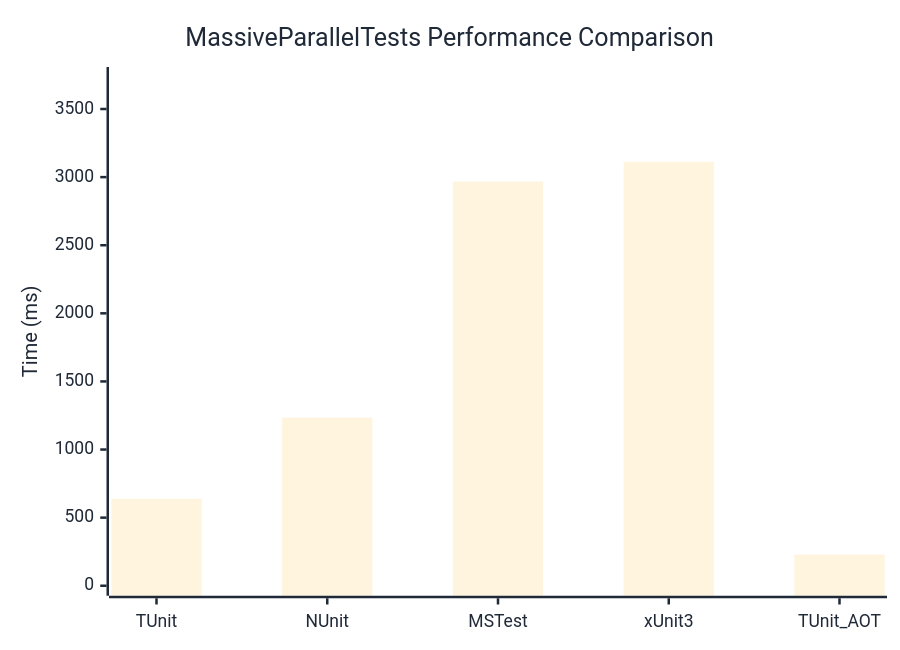
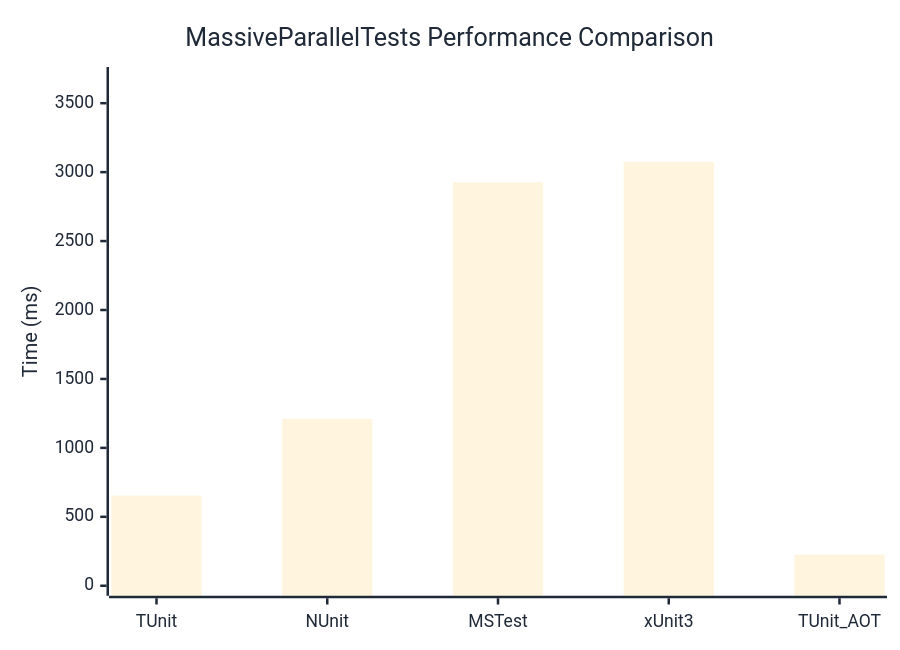
Before and after one commit to thomhurst/TUnit: the diagram in docs/docs/benchmarks/MassiveParallelTests.md, drawn with Mermaid. The commit also changed other lines of this file and 17 other files, not shown here.

````diff
--- a/docs/docs/benchmarks/MassiveParallelTests.md
+++ b/docs/docs/benchmarks/MassiveParallelTests.md
@@ -27,37 +27,37 @@
 ```mermaid
 %%{init: {
   'theme':'base',
   'themeVariables': {
     'primaryColor': '#2563eb',
     'primaryTextColor': '#1f2937',
     'primaryBorderColor': '#1e40af',
     'lineColor': '#6b7280',
     'secondaryColor': '#7c3aed',
     'tertiaryColor': '#dc2626',
     'background': '#ffffff',
     'mainBkg': '#2563eb',
     'secondBkg': '#7c3aed',
     'tertiaryBkg': '#dc2626',
     'clusterBkg': '#f3f4f6',
     'edgeLabelBackground': '#ffffff',
     'tertiaryTextColor': '#1f2937',
     'pie1': '#2563eb',
     'pie2': '#7c3aed',
     'pie3': '#dc2626',
     'pie4': '#f59e0b',
     'pie5': '#10b981',
     'pie6': '#06b6d4',
     'pie7': '#ec4899',
     'pie8': '#6366f1',
     'pie9': '#84cc16',
     'pie10': '#f97316',
     'pie11': '#14b8a6',
     'pie12': '#a855f7'
   }
 }}%%
 xychart-beta
   title "MassiveParallelTests Performance Comparison"
   x-axis ["TUnit", "NUnit", "MSTest", "xUnit3", "TUnit_AOT"]
-  y-axis "Time (ms)" 0 --> 3735
-  bar [638.3, 1234.6, 2967.2, 3112.5, 228.5]
+  y-axis "Time (ms)" 0 --> 3690
+  bar [653.6, 1211.1, 2926.2, 3074.2, 226.2]
 ```
````
